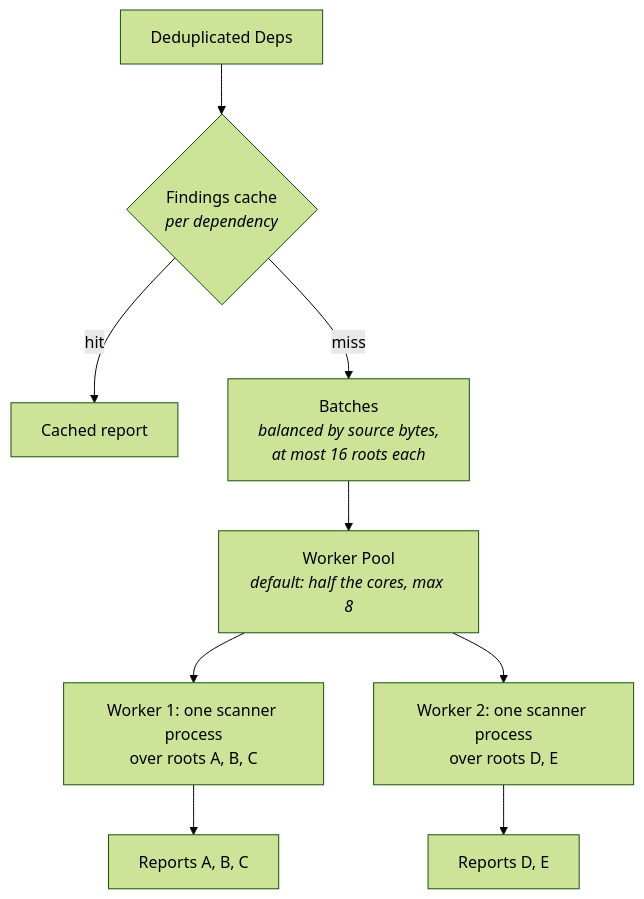
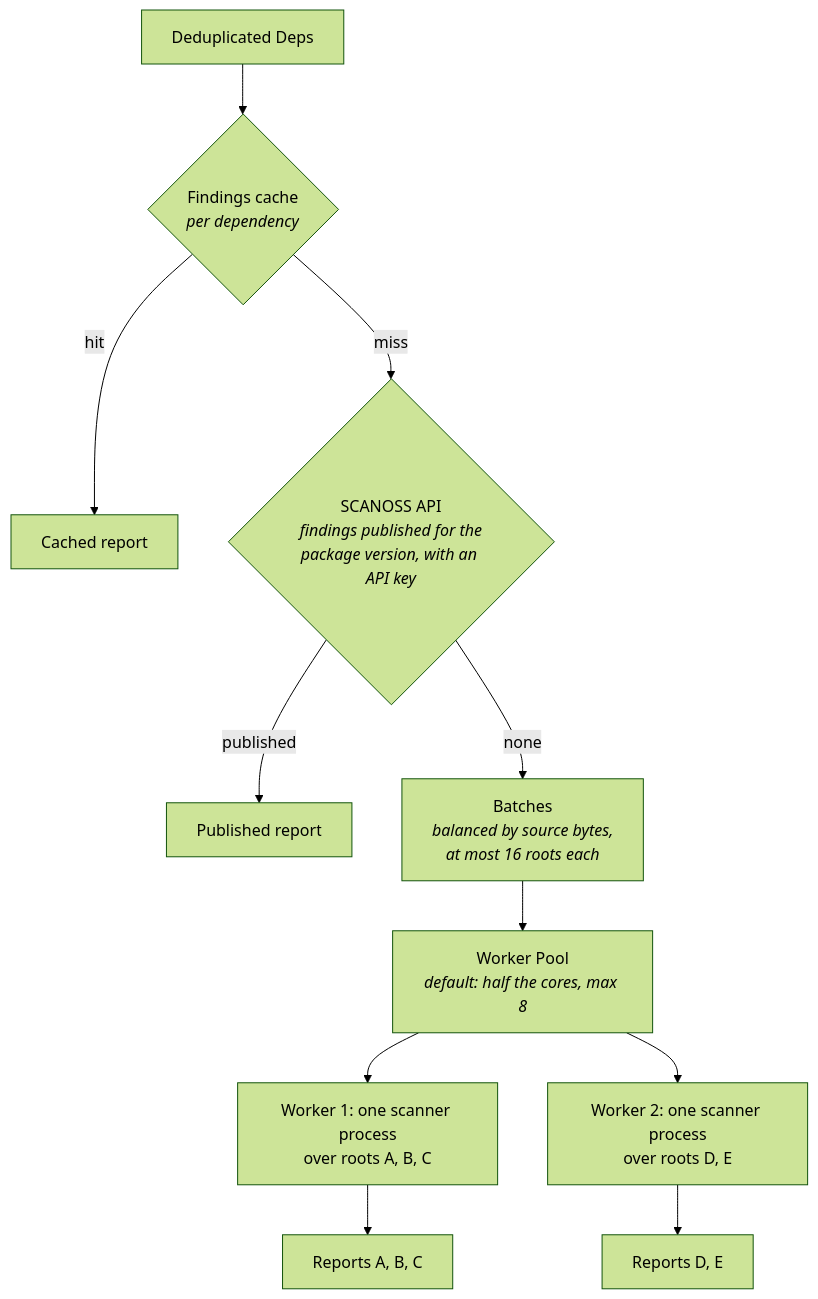
The third of 7 diagrams in docs/DEPENDENCY_SCANNING.md (scanoss/crypto-finder), drawn with Mermaid (forest theme) before and after one commit. The commit also changed other lines of this file and 19 other files, not shown here.

First line of the commit message:
feat: take dependency findings from the SCANOSS API when a key is set (#702)

````diff
--- a/docs/DEPENDENCY_SCANNING.md
+++ b/docs/DEPENDENCY_SCANNING.md
@@ -69,9 +69,11 @@
 ```mermaid
 flowchart TB
     Work["Deduplicated Deps"] --> Cache{"Findings cache<br/><i>per dependency</i>"}
     Cache -->|hit| R0["Cached report"]
-    Cache -->|miss| Shape["Batches<br/><i>balanced by source bytes,<br/>at most 16 roots each</i>"]
+    Cache -->|miss| API{"SCANOSS API<br/><i>findings published for the<br/>package version, with an API key</i>"}
+    API -->|published| RA["Published report"]
+    API -->|none| Shape["Batches<br/><i>balanced by source bytes,<br/>at most 16 roots each</i>"]
     Shape --> Pool["Worker Pool<br/><i>default: half the cores, max 8</i>"]
     Pool --> W1["Worker 1: one scanner process<br/>over roots A, B, C"] --> R1["Reports A, B, C"]
     Pool --> W2["Worker 2: one scanner process<br/>over roots D, E"] --> R2["Reports D, E"]
 ```
````
